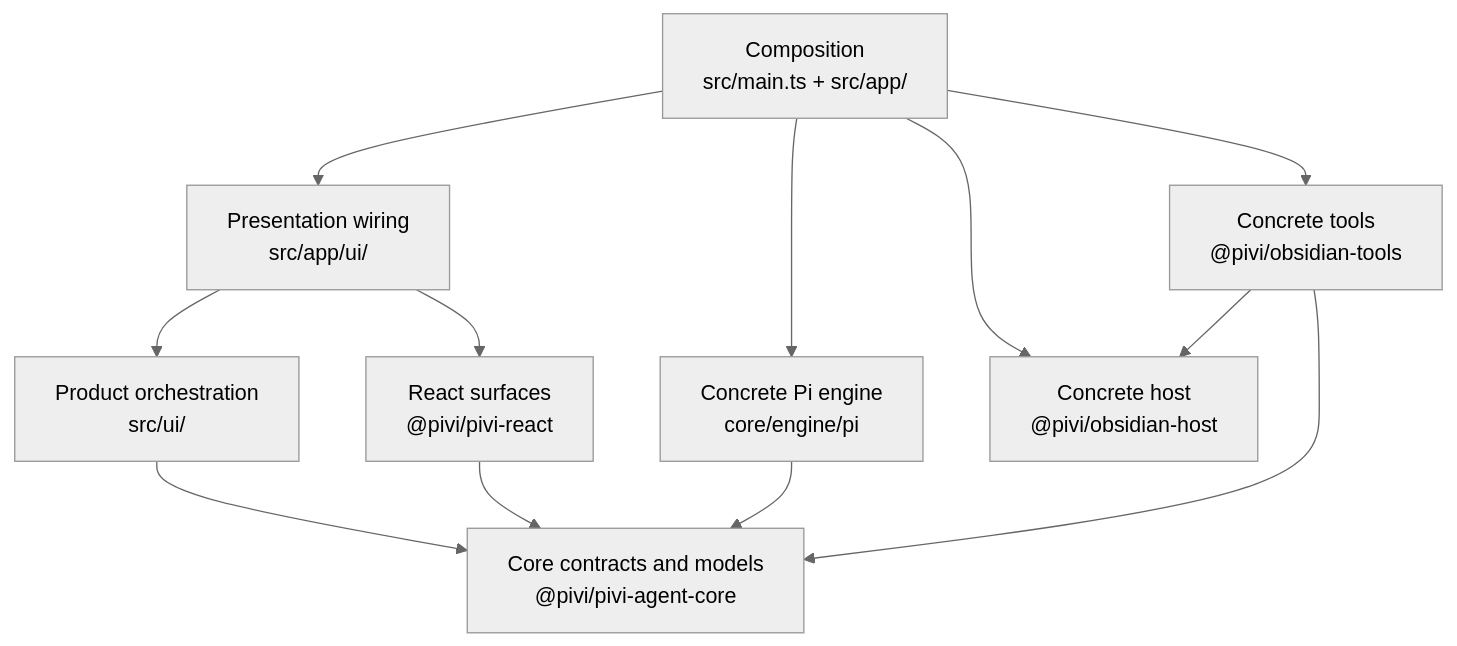
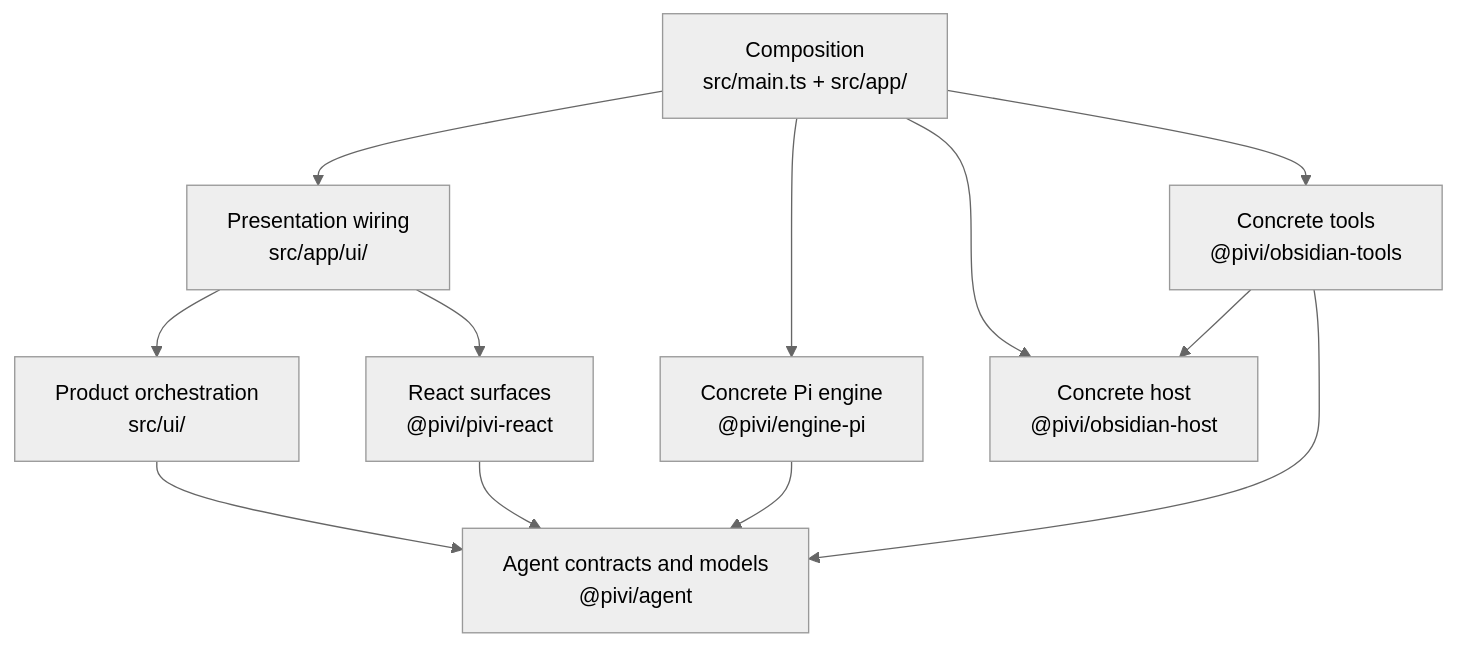
One commit to shuuul/obsidian-pivi changed the second of 3 diagrams in docs/README.md. Above: the diagram before and after it, drawn with Mermaid (neutral theme). The commit also changed other lines of this file and 817 other files, not shown here.

First line of the commit message:
refactor(architecture): split agent package from Pi engine adapter

````diff
--- a/docs/README.md
+++ b/docs/README.md
@@ -47,14 +47,14 @@
 ```mermaid
 flowchart TD
   Composition["Composition<br/>src/main.ts + src/app/"] --> Presentation["Presentation wiring<br/>src/app/ui/"]
   Presentation --> ProductUI["Product orchestration<br/>src/ui/"]
   Presentation --> React["React surfaces<br/>@pivi/pivi-react"]
-  ProductUI --> Core["Core contracts and models<br/>@pivi/pivi-agent-core"]
-  React --> Core
-  Composition --> Engine["Concrete Pi engine<br/>core/engine/pi"]
-  Engine --> Core
+  ProductUI --> Agent["Agent contracts and models<br/>@pivi/agent"]
+  React --> Agent
+  Composition --> Engine["Concrete Pi engine<br/>@pivi/engine-pi"]
+  Engine --> Agent
   Composition --> Host["Concrete host<br/>@pivi/obsidian-host"]
   Composition --> Tools["Concrete tools<br/>@pivi/obsidian-tools"]
   Tools --> Host
-  Tools --> Core
+  Tools --> Agent
 ```
````
